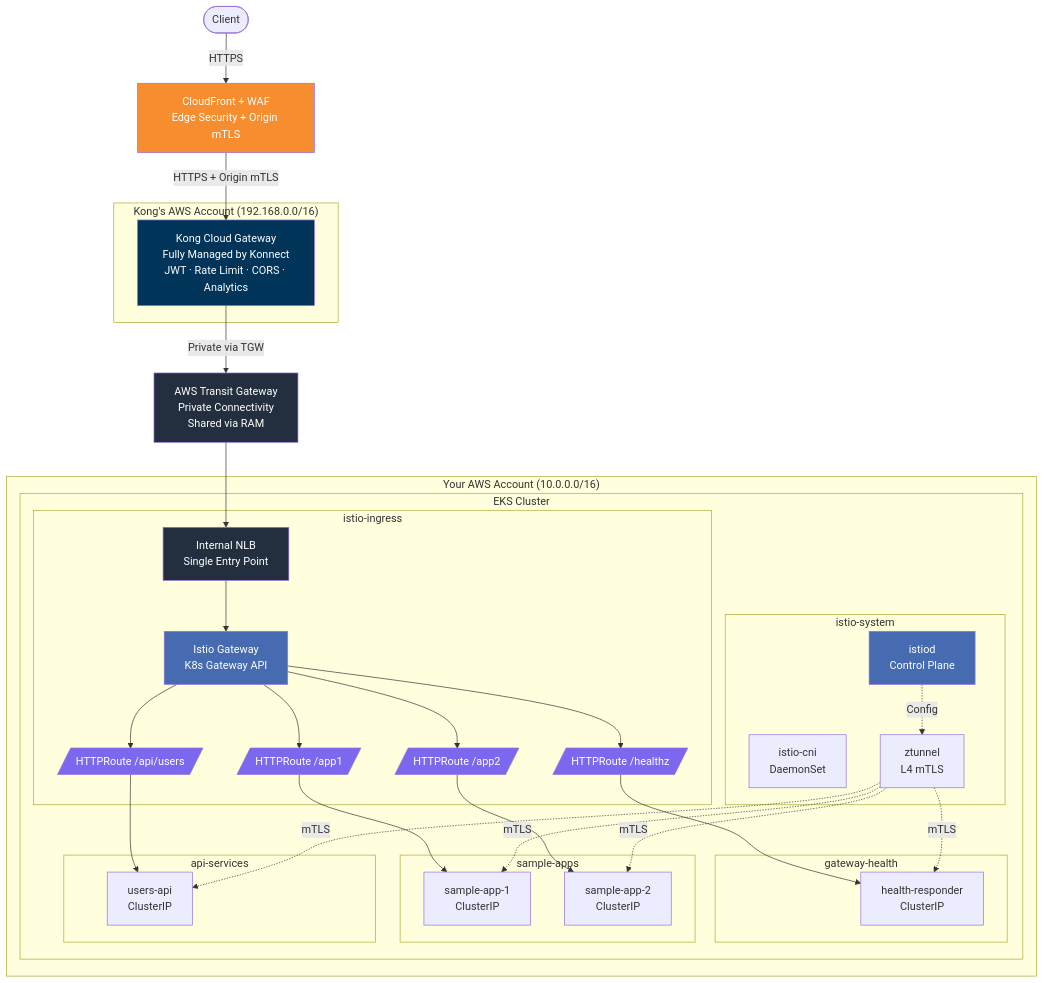
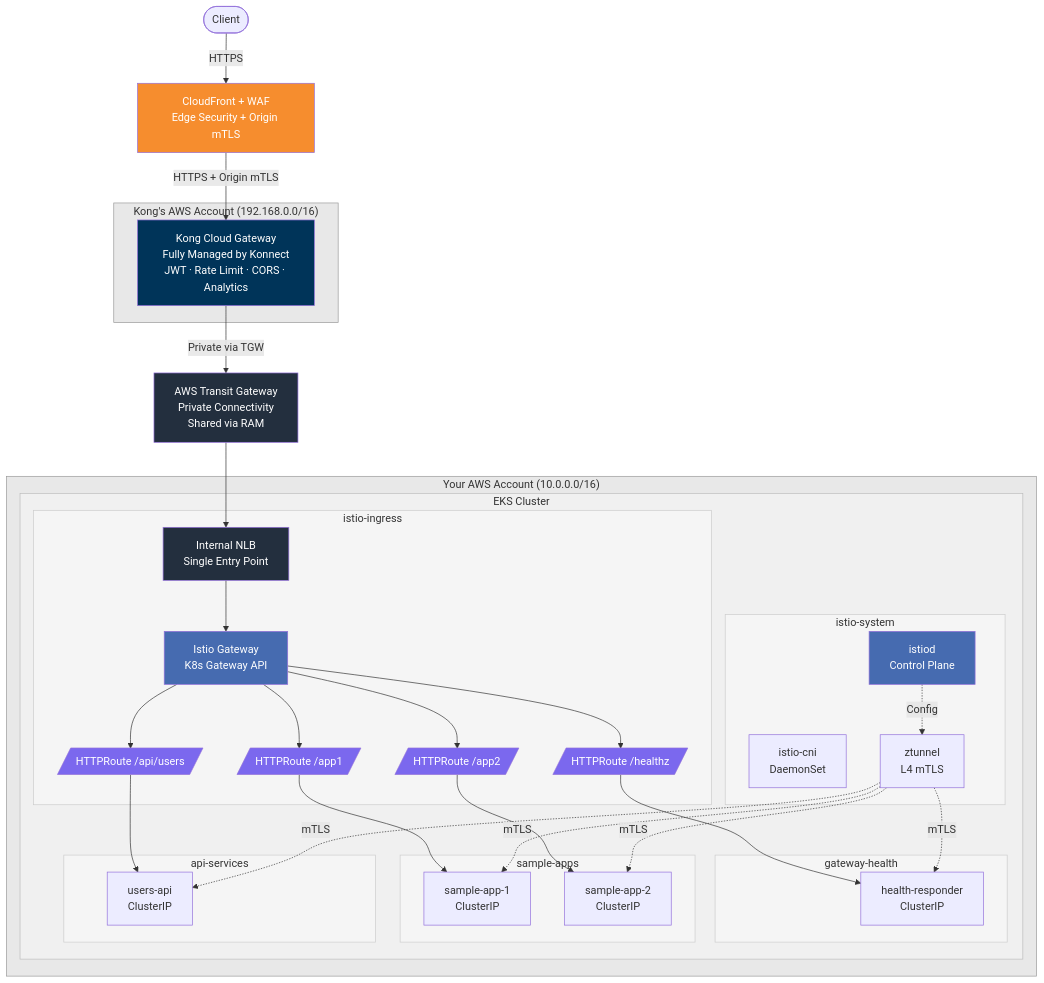
Before and after one commit to shanaka-versent/Kong-Konnect-Cloud-Gateway-on-EKS: the first of 4 diagrams in README.md, drawn with Mermaid. The commit also changed other lines of this file, not shown here.

First line of the commit message:
Change mermaid diagram subgraph backgrounds to light gray

````diff
--- a/README.md
+++ b/README.md
@@ -11,69 +11,77 @@
 ```mermaid
 graph TB
     Client([Client])
     CF[CloudFront + WAF<br/>Edge Security + Origin mTLS]
 
-    subgraph "Kong's AWS Account (192.168.0.0/16)"
+    subgraph kong_acct ["Kong's AWS Account (192.168.0.0/16)"]
         Kong[Kong Cloud Gateway<br/>Fully Managed by Konnect<br/>JWT · Rate Limit · CORS · Analytics]
     end
 
     TGW[AWS Transit Gateway<br/>Private Connectivity<br/>Shared via RAM]
 
-    subgraph "Your AWS Account (10.0.0.0/16)"
-        subgraph EKS Cluster
-            subgraph istio-system
+    subgraph your_acct ["Your AWS Account (10.0.0.0/16)"]
+        subgraph eks_cluster [EKS Cluster]
+            subgraph ns_istio_sys [istio-system]
                 Istiod[istiod<br/>Control Plane]
                 CNI[istio-cni<br/>DaemonSet]
                 ZT[ztunnel<br/>L4 mTLS]
             end
-            subgraph istio-ingress
+            subgraph ns_istio_ing [istio-ingress]
                 NLB[Internal NLB<br/>Single Entry Point]
                 IGW[Istio Gateway<br/>K8s Gateway API]
                 HR1[/HTTPRoute /healthz/]
                 HR2[/HTTPRoute /app1/]
                 HR3[/HTTPRoute /app2/]
                 HR4[/HTTPRoute /api/users/]
             end
-            subgraph gateway-health
+            subgraph ns_gw_health [gateway-health]
                 Health[health-responder<br/>ClusterIP]
             end
-            subgraph sample-apps
+            subgraph ns_sample [sample-apps]
                 App1[sample-app-1<br/>ClusterIP]
                 App2[sample-app-2<br/>ClusterIP]
             end
-            subgraph api-services
+            subgraph ns_api [api-services]
                 API[users-api<br/>ClusterIP]
             end
         end
     end
 
     Client -->|HTTPS| CF
     CF -->|HTTPS + Origin mTLS| Kong
     Kong -->|Private via TGW| TGW
     TGW --> NLB
     NLB --> IGW
     IGW --> HR1
     IGW --> HR2
     IGW --> HR3
     IGW --> HR4
     HR1 --> Health
     HR2 --> App1
     HR3 --> App2
     HR4 --> API
     Istiod -.->|Config| ZT
     ZT -.->|mTLS| App1
     ZT -.->|mTLS| App2
     ZT -.->|mTLS| API
     ZT -.->|mTLS| Health
 
     style Kong fill:#003459,color:#fff
     style IGW fill:#466BB0,color:#fff
     style Istiod fill:#466BB0,color:#fff
     style CF fill:#F68D2E,color:#fff
     style TGW fill:#232F3E,color:#fff
     style NLB fill:#232F3E,color:#fff
     style HR1 fill:#7B68EE,color:#fff
     style HR2 fill:#7B68EE,color:#fff
     style HR3 fill:#7B68EE,color:#fff
     style HR4 fill:#7B68EE,color:#fff
+    style kong_acct fill:#E8E8E8,stroke:#999,color:#333
+    style your_acct fill:#E8E8E8,stroke:#999,color:#333
+    style eks_cluster fill:#F0F0F0,stroke:#BBB,color:#333
+    style ns_istio_sys fill:#F5F5F5,stroke:#CCC,color:#333
+    style ns_istio_ing fill:#F5F5F5,stroke:#CCC,color:#333
+    style ns_gw_health fill:#F5F5F5,stroke:#CCC,color:#333
+    style ns_sample fill:#F5F5F5,stroke:#CCC,color:#333
+    style ns_api fill:#F5F5F5,stroke:#CCC,color:#333
 ```
````
